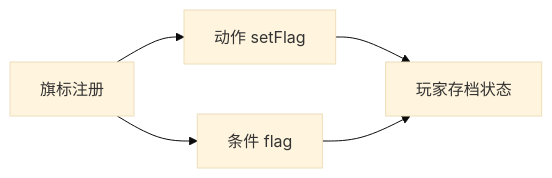
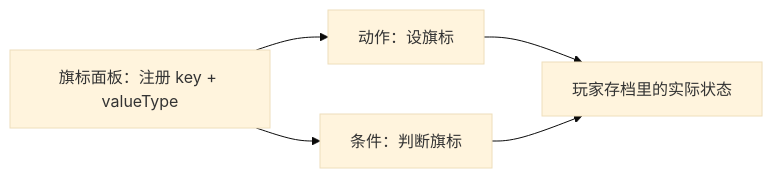
Before and after one commit to wubugui/GDoc: the diagram in docs/editors/panels/flags.md, drawn with Mermaid (base theme). The commit also changed other lines of this file and 112 other files, not shown here.

````diff
--- a/docs/editors/panels/flags.md
+++ b/docs/editors/panels/flags.md
@@ -49,7 +33,7 @@
 ```mermaid
 flowchart LR
-  R[旗标注册] --> A[动作 setFlag]
-  R --> C[条件 flag]
-  A --> P[玩家存档状态]
+  R[旗标面板：注册 key + valueType] --> A[动作：设旗标]
+  R --> C[条件：判断旗标]
+  A --> P[玩家存档里的实际状态]
   C --> P
 ```
````
